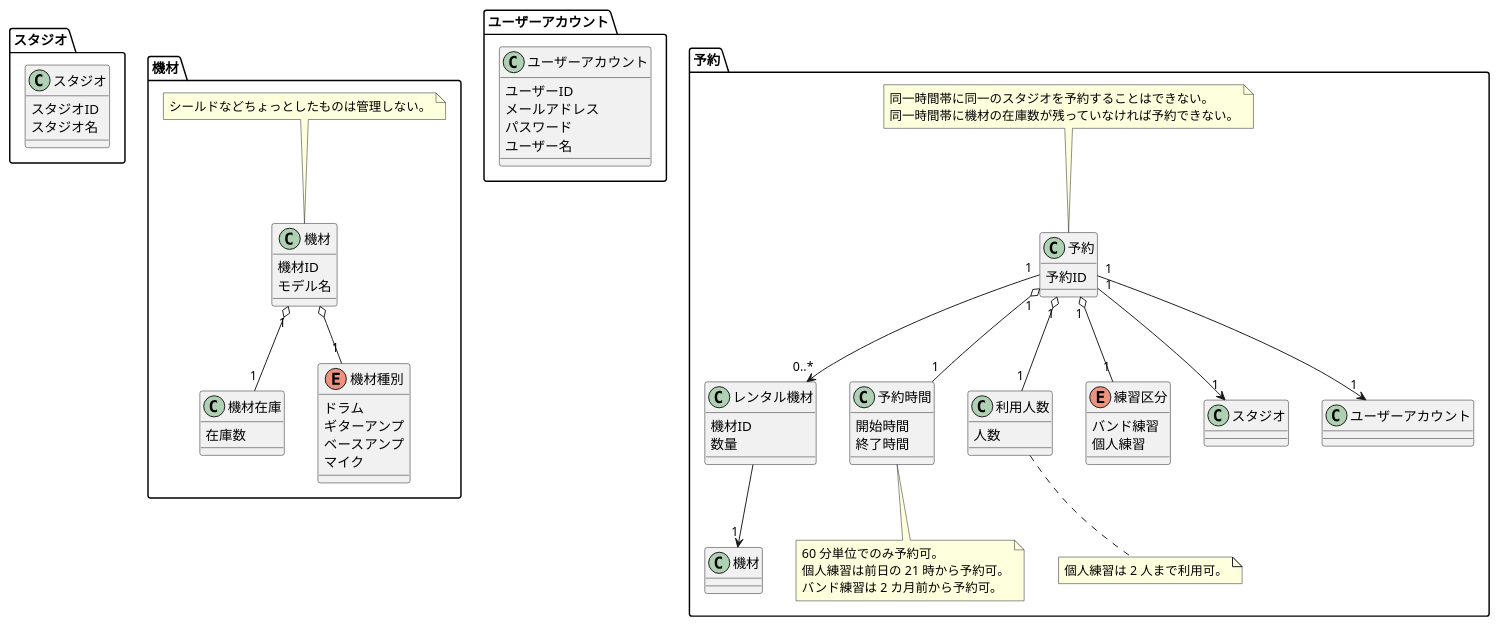
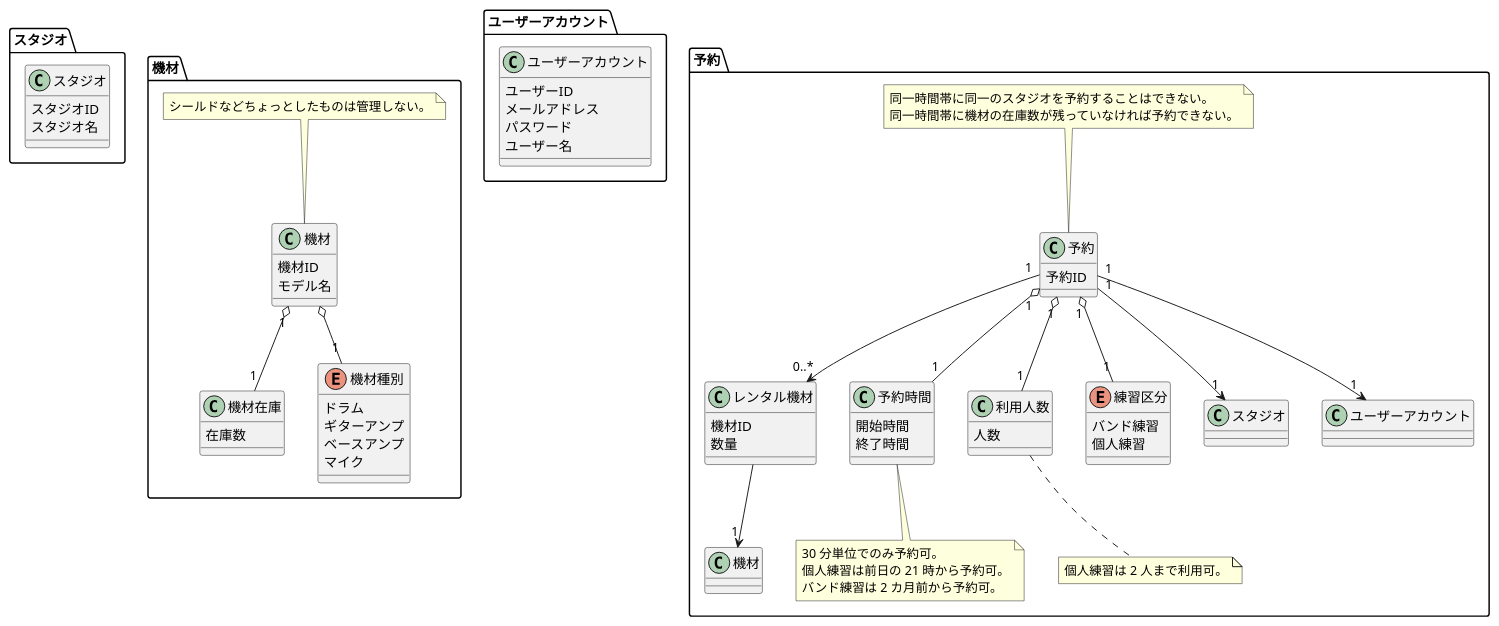
Before and after one commit to TakashiOnawa/ddd-practice-studio-reservation: the diagram in modeling/06_DomainModel.pu, drawn with PlantUML. The commit also changed 12 other files, not shown here.

```diff
--- a/modeling/06_DomainModel.pu
+++ b/modeling/06_DomainModel.pu
@@ -1,92 +1,92 @@
 @startuml DomainModel
 
 package スタジオ {
     class スタジオ {
         スタジオID
         スタジオ名
     }
 }
 
 package 機材 {
     class 機材 {
         機材ID
         モデル名
     }
 
     class 機材在庫 {
         在庫数
     }
 
     enum 機材種別 {
         ドラム
         ギターアンプ
         ベースアンプ
         マイク
     }
 
     機材 o-- "1" 機材種別
     機材 "1" o-- "1" 機材在庫
 
     note top of 機材
     シールドなどちょっとしたものは管理しない。
     end note
 }
 
 package ユーザーアカウント {
     class ユーザーアカウント {
         ユーザーID
         メールアドレス
         パスワード
         ユーザー名
     }
 }
 
 package 予約 {
     class 予約 {
         予約ID
     }
 
     class レンタル機材 {
         機材ID
         数量
     }
 
     class 予約時間 {
         開始時間
         終了時間
     }
 
     class 利用人数 {
         人数
     }
 
     enum 練習区分 {
         バンド練習
         個人練習
     }
 
     予約 "1" --> "1" スタジオ
     予約 "1" --> "1" ユーザーアカウント
     予約 "1" o-- "1" 練習区分
     予約 "1" o-- "1" 予約時間
     予約 "1" o-- "1" 利用人数
     予約 "1" --> "0..*" レンタル機材
     レンタル機材 --> "1" 機材
 
     note top of 予約
     同一時間帯に同一のスタジオを予約することはできない。
     同一時間帯に機材の在庫数が残っていなければ予約できない。
     end note
 
     note bottom of 予約時間
-    60 分単位でのみ予約可。
+    30 分単位でのみ予約可。
     個人練習は前日の 21 時から予約可。
     バンド練習は 2 カ月前から予約可。
     end note
 
     note bottom of 利用人数
     個人練習は 2 人まで利用可。
     end note
 }
 
 @enduml
```
